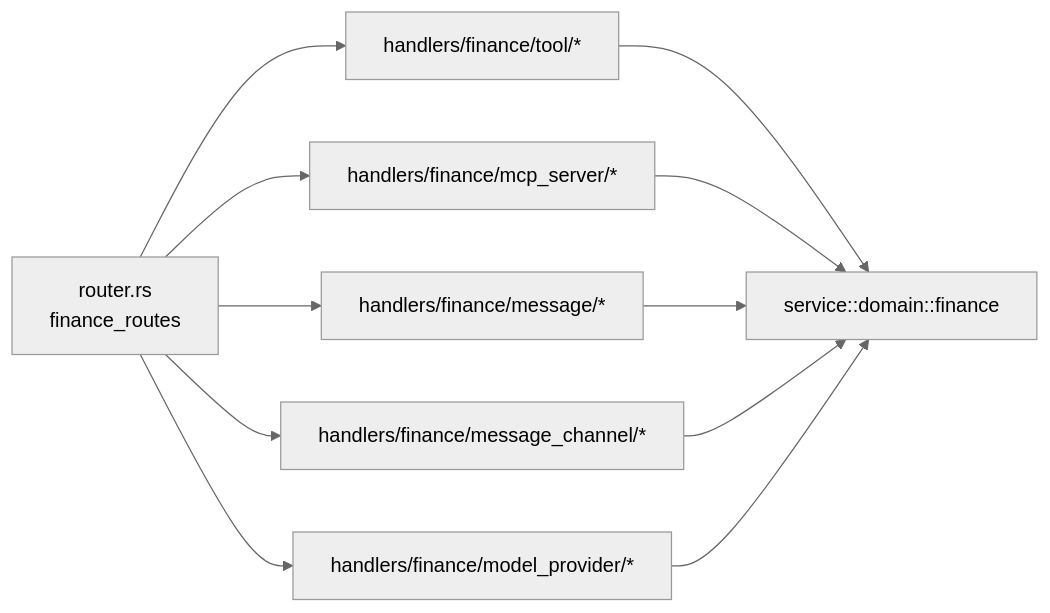
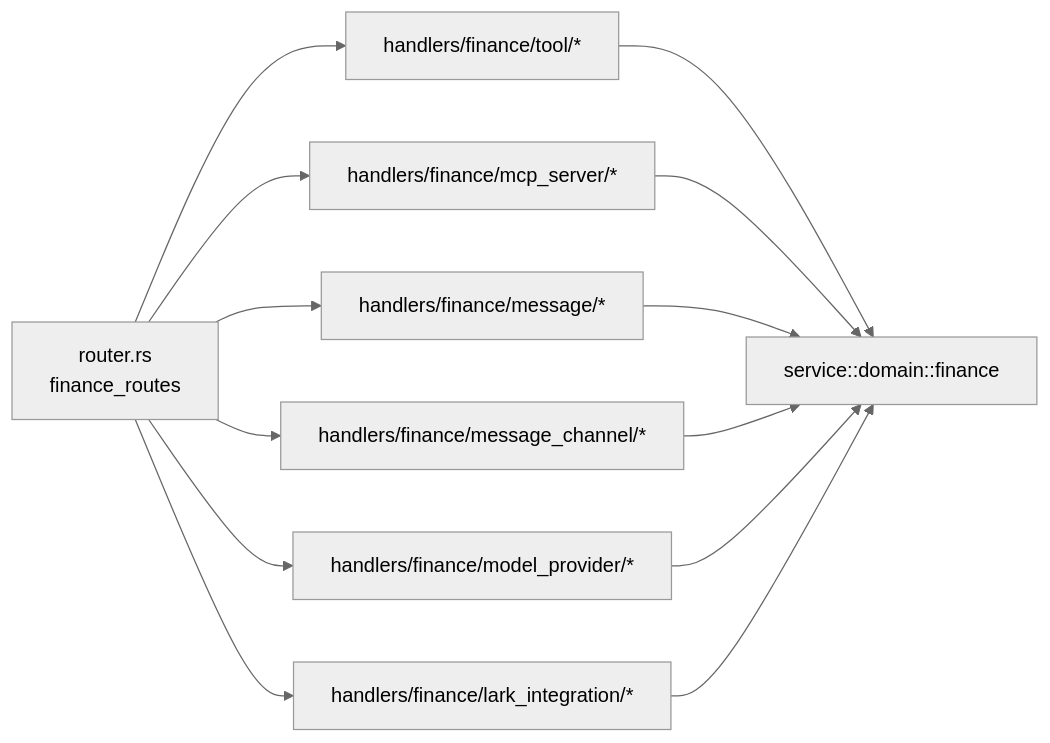
Before and after one commit to runningcoders/ai_orz: the ninth of 9 diagrams in .qoder/repowiki/zh/content/核心模块/处理器层/Finance模块处理器/Finance模块处理器.md, drawn with Mermaid (neutral theme). The commit also changed other lines of this file and 9 other files, not shown here.

````diff
--- a/.qoder/repowiki/zh/content/核心模块/处理器层/Finance模块处理器/Finance模块处理器.md
+++ b/.qoder/repowiki/zh/content/核心模块/处理器层/Finance模块处理器/Finance模块处理器.md
@@ -276,13 +350,15 @@
 ```mermaid
 graph LR
 R["router.rs<br/>finance_routes"] --> T["handlers/finance/tool/*"]
 R --> M["handlers/finance/mcp_server/*"]
 R --> MS["handlers/finance/message/*"]
 R --> MC["handlers/finance/message_channel/*"]
 R --> MP["handlers/finance/model_provider/*"]
+R --> LI["handlers/finance/lark_integration/*"]
 T --> D["service::domain::finance"]
 M --> D
 MS --> D
 MC --> D
 MP --> D
+LI --> D
 ```
````
